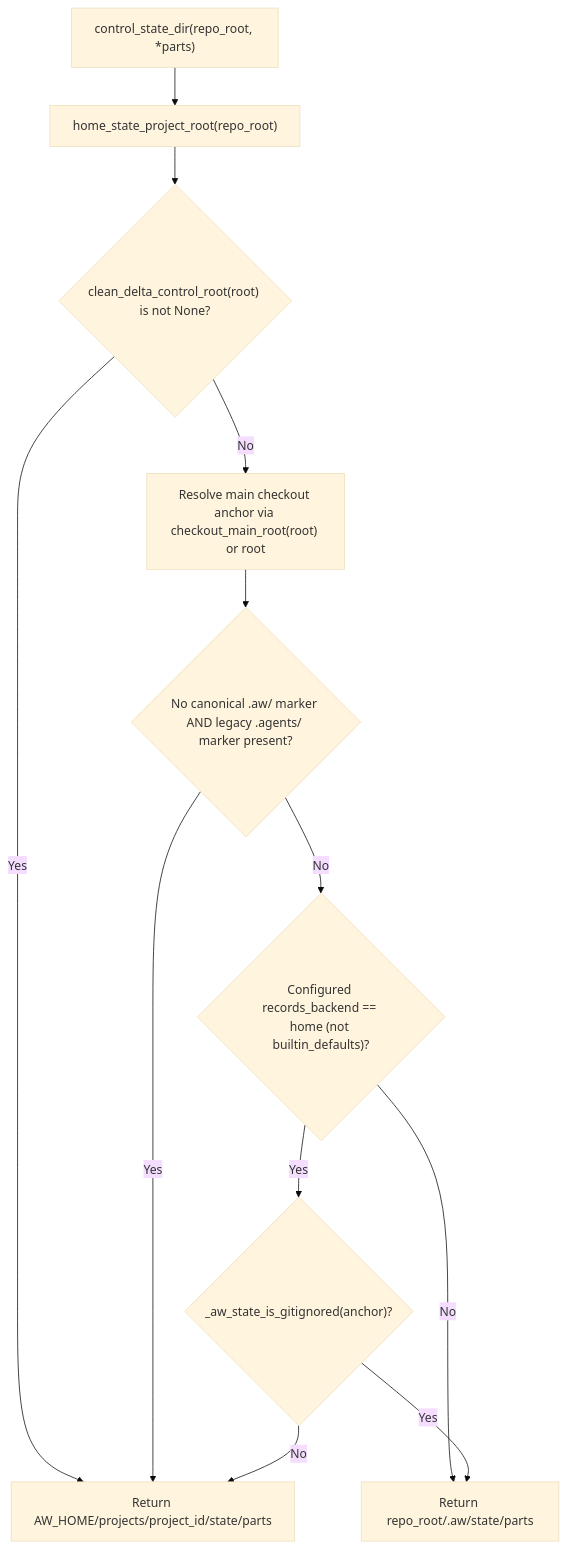
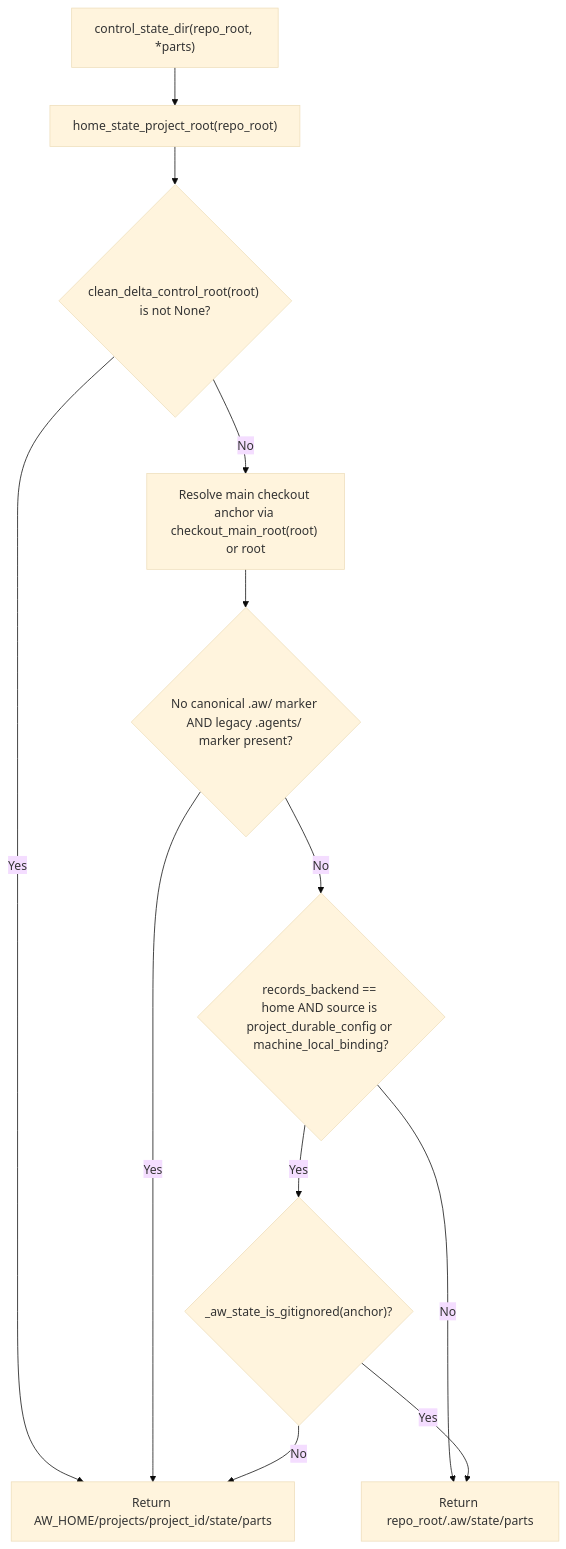
The diagram in .aw/records/plans/pending/20261121-2vj8w3-01-53z4se-route-control-state-to-aw-home-for-legacy-agents-and-unignor.ipd.md (fariello/agent-workflows), drawn with Mermaid (base theme) before and after one commit. The commit also changed other lines of this file and 1 other file, not shown here.

````diff
--- a/.aw/records/plans/pending/20261121-2vj8w3-01-53z4se-route-control-state-to-aw-home-for-legacy-agents-and-unignor.ipd.md
+++ b/.aw/records/plans/pending/20261121-2vj8w3-01-53z4se-route-control-state-to-aw-home-for-legacy-agents-and-unignor.ipd.md
@@ -32,14 +36,14 @@
 ```mermaid
 flowchart TD
     A["control_state_dir(repo_root, *parts)"] --> B["home_state_project_root(repo_root)"]
     B --> C{"clean_delta_control_root(root) is not None?"}
     C -->|Yes| H["Return AW_HOME/projects/project_id/state/parts"]
     C -->|No| D["Resolve main checkout anchor via checkout_main_root(root) or root"]
     D --> E{"No canonical .aw/ marker AND legacy .agents/ marker present?"}
     E -->|Yes| H
-    E -->|No| F{"Configured records_backend == home (not builtin_defaults)?"}
+    E -->|No| F{"records_backend == home AND source is project_durable_config or machine_local_binding?"}
     F -->|No| I["Return repo_root/.aw/state/parts"]
     F -->|Yes| G{"_aw_state_is_gitignored(anchor)?"}
     G -->|No| H
     G -->|Yes| I
 ```
````
